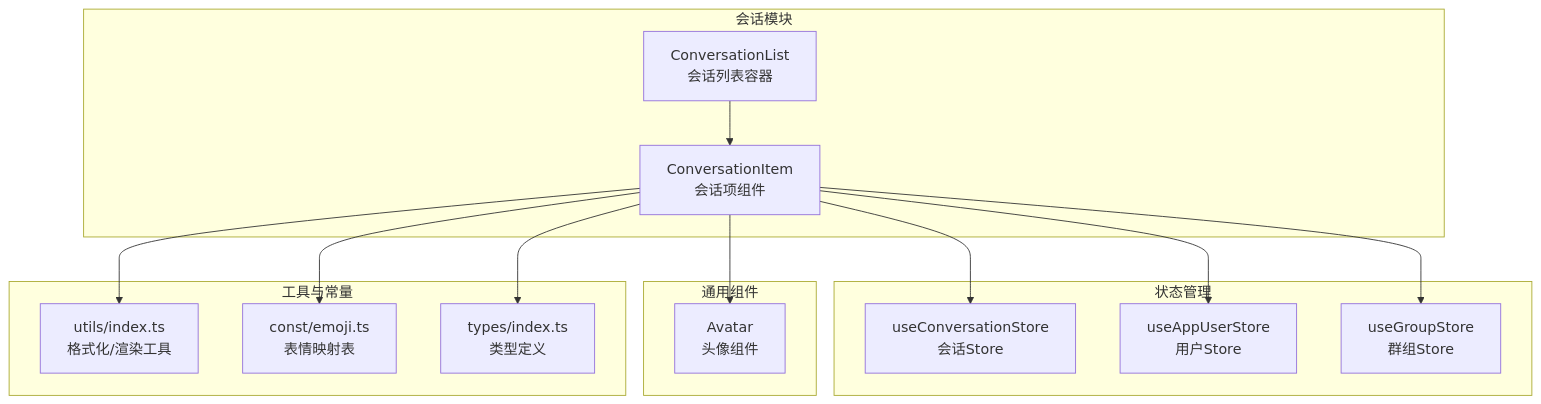
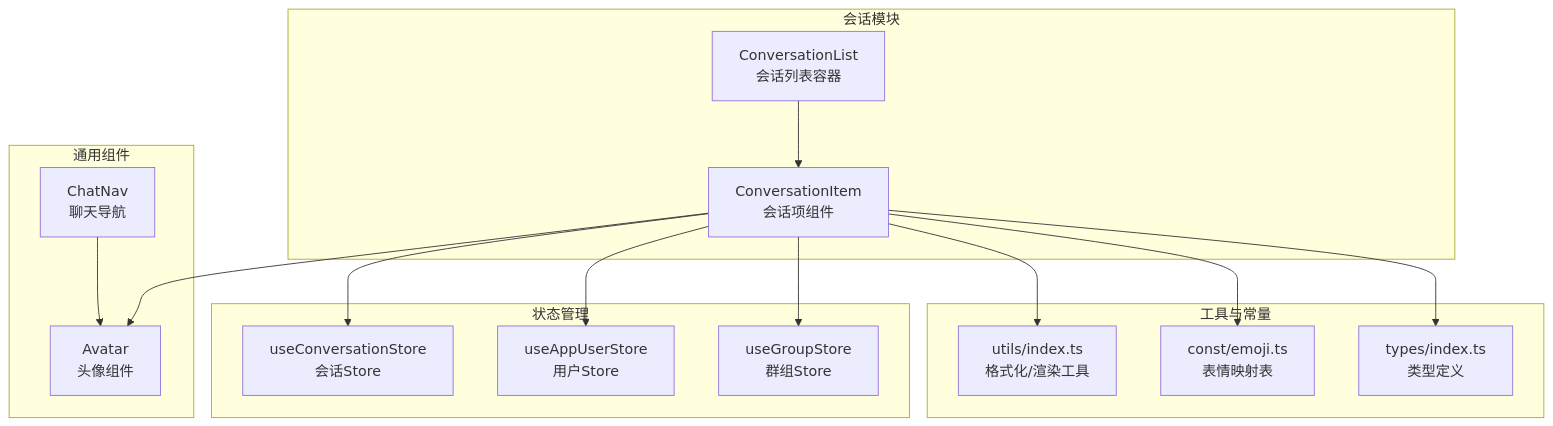
The first of 5 diagrams in .qoder/repowiki/zh/content/会话模块/会话项组件.md (Easemob-Community/easemob-uikit-uniapp-community), drawn with Mermaid before and after one commit. The commit also changed other lines of this file and 5 other files, not shown here.

````diff
--- a/.qoder/repowiki/zh/content/会话模块/会话项组件.md
+++ b/.qoder/repowiki/zh/content/会话模块/会话项组件.md
@@ -47,28 +50,30 @@
 ```mermaid
 graph TB
 subgraph "会话模块"
 CL["ConversationList<br/>会话列表容器"]
 CI["ConversationItem<br/>会话项组件"]
 end
 subgraph "状态管理"
 CS["useConversationStore<br/>会话Store"]
 US["useAppUserStore<br/>用户Store"]
 GS["useGroupStore<br/>群组Store"]
 end
 subgraph "通用组件"
 AV["Avatar<br/>头像组件"]
+CN["ChatNav<br/>聊天导航"]
 end
 subgraph "工具与常量"
 UT["utils/index.ts<br/>格式化/渲染工具"]
 EM["const/emoji.ts<br/>表情映射表"]
 TY["types/index.ts<br/>类型定义"]
 end
 CL --> CI
 CI --> AV
 CI --> CS
 CI --> US
 CI --> GS
 CI --> UT
 CI --> EM
 CI --> TY
+CN --> AV
 ```
````
